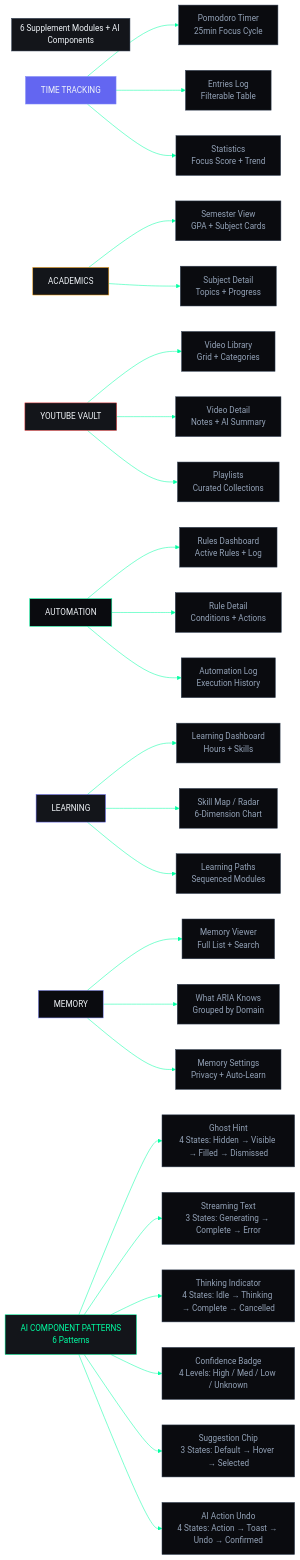
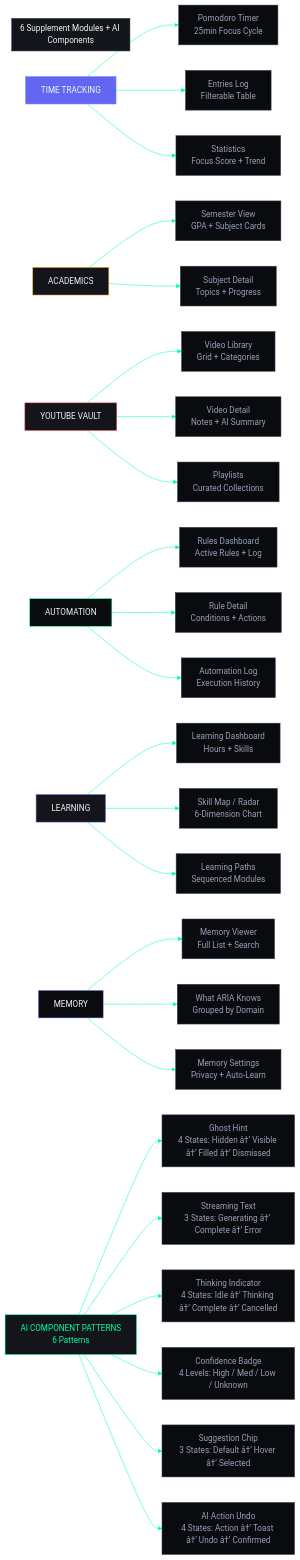
Before and after one commit to rohitkumarnaidu/ARIA-OS---SecondBrain-: the second of 2 diagrams in docs/design/wireframes/07_SUPPLEMENT_AI_MODULES_STATES.md, drawn with Mermaid. The commit also changed other lines of this file and 9 other files, not shown here.

````diff
--- a/docs/design/wireframes/07_SUPPLEMENT_AI_MODULES_STATES.md
+++ b/docs/design/wireframes/07_SUPPLEMENT_AI_MODULES_STATES.md
@@ -68,60 +77,60 @@
 ```mermaid
 %%{init: {'theme':'base','themeVariables':{'primaryColor':'#6366F1','primaryTextColor':'#F1F5F9','lineColor':'#00FFA3','secondaryColor':'#13151A','tertiaryColor':'#0A0B0F','fontFamily':'DM Sans'}}}%%
 graph LR
     subgraph Supp["6 Supplement Modules + AI Components"]
         style Supp fill:#13151A,stroke:#334155,color:#F1F5F9
     end
 
     Time["TIME TRACKING"]:::tMod
     Aca["ACADEMICS"]:::aMod
     YT["YOUTUBE VAULT"]:::yMod
     Auto["AUTOMATION"]:::uMod
     Learn["LEARNING"]:::lMod
     Mem["MEMORY"]:::mMod
     AI["AI COMPONENT PATTERNS<br/>6 Patterns"]:::aiMod
 
     Time --> Timer["Pomodoro Timer<br/>25min Focus Cycle"]:::tView
     Time --> Entries["Entries Log<br/>Filterable Table"]:::tView
     Time --> Stats["Statistics<br/>Focus Score + Trend"]:::tView
 
     Aca --> Sem["Semester View<br/>GPA + Subject Cards"]:::aView
     Aca --> Subj["Subject Detail<br/>Topics + Progress"]:::aView
 
     YT --> Lib["Video Library<br/>Grid + Categories"]:::yView
     YT --> VDet["Video Detail<br/>Notes + AI Summary"]:::yView
     YT --> Playlists["Playlists<br/>Curated Collections"]:::yView
 
     Auto --> Rules["Rules Dashboard<br/>Active Rules + Log"]:::uView
     Auto --> RDet["Rule Detail<br/>Conditions + Actions"]:::uView
     Auto --> ALog["Automation Log<br/>Execution History"]:::uView
 
     Learn --> LDash["Learning Dashboard<br/>Hours + Skills"]:::lView
     Learn --> Skill["Skill Map / Radar<br/>6-Dimension Chart"]:::lView
     Learn --> Paths["Learning Paths<br/>Sequenced Modules"]:::lView
 
     Mem --> Viewer["Memory Viewer<br/>Full List + Search"]:::mView
     Mem --> Grouped["What ARIA Knows<br/>Grouped by Domain"]:::mView
     Mem --> MSettings["Memory Settings<br/>Privacy + Auto-Learn"]:::mView
 
-    AI --> Ghost["Ghost Hint<br/>4 States: Hidden → Visible → Filled → Dismissed"]:::aiView
-    AI --> Stream["Streaming Text<br/>3 States: Generating → Complete → Error"]:::aiView
-    AI --> Think["Thinking Indicator<br/>4 States: Idle → Thinking → Complete → Cancelled"]:::aiView
+    AI --> Ghost["Ghost Hint<br/>4 States: Hidden â†’ Visible â†’ Filled â†’ Dismissed"]:::aiView
+    AI --> Stream["Streaming Text<br/>3 States: Generating â†’ Complete â†’ Error"]:::aiView
+    AI --> Think["Thinking Indicator<br/>4 States: Idle â†’ Thinking â†’ Complete â†’ Cancelled"]:::aiView
     AI --> Badge["Confidence Badge<br/>4 Levels: High / Med / Low / Unknown"]:::aiView
-    AI --> Chip["Suggestion Chip<br/>3 States: Default → Hover → Selected"]:::aiView
-    AI --> Undo["AI Action Undo<br/>4 States: Action → Toast → Undo → Confirmed"]:::aiView
+    AI --> Chip["Suggestion Chip<br/>3 States: Default â†’ Hover â†’ Selected"]:::aiView
+    AI --> Undo["AI Action Undo<br/>4 States: Action â†’ Toast â†’ Undo â†’ Confirmed"]:::aiView
 
     classDef tMod fill:#6366F1,stroke:#818CF8,color:#F1F5F9
     classDef aMod fill:#13151A,stroke:#F59E0B,color:#F1F5F9
     classDef yMod fill:#13151A,stroke:#EF4444,color:#F1F5F9
     classDef uMod fill:#0A0B0F,stroke:#00FFA3,color:#F1F5F9
     classDef lMod fill:#13151A,stroke:#6366F1,color:#F1F5F9
     classDef mMod fill:#0A0B0F,stroke:#818CF8,color:#F1F5F9
     classDef aiMod fill:#13151A,stroke:#00FFA3,color:#00FFA3
     classDef tView fill:#0A0B0F,stroke:#334155,color:#94A3B8
     classDef aView fill:#0A0B0F,stroke:#334155,color:#94A3B8
     classDef yView fill:#0A0B0F,stroke:#334155,color:#94A3B8
     classDef uView fill:#0A0B0F,stroke:#334155,color:#94A3B8
     classDef lView fill:#0A0B0F,stroke:#334155,color:#94A3B8
     classDef mView fill:#0A0B0F,stroke:#334155,color:#94A3B8
     classDef aiView fill:#0A0B0F,stroke:#334155,color:#94A3B8
 ```
````
